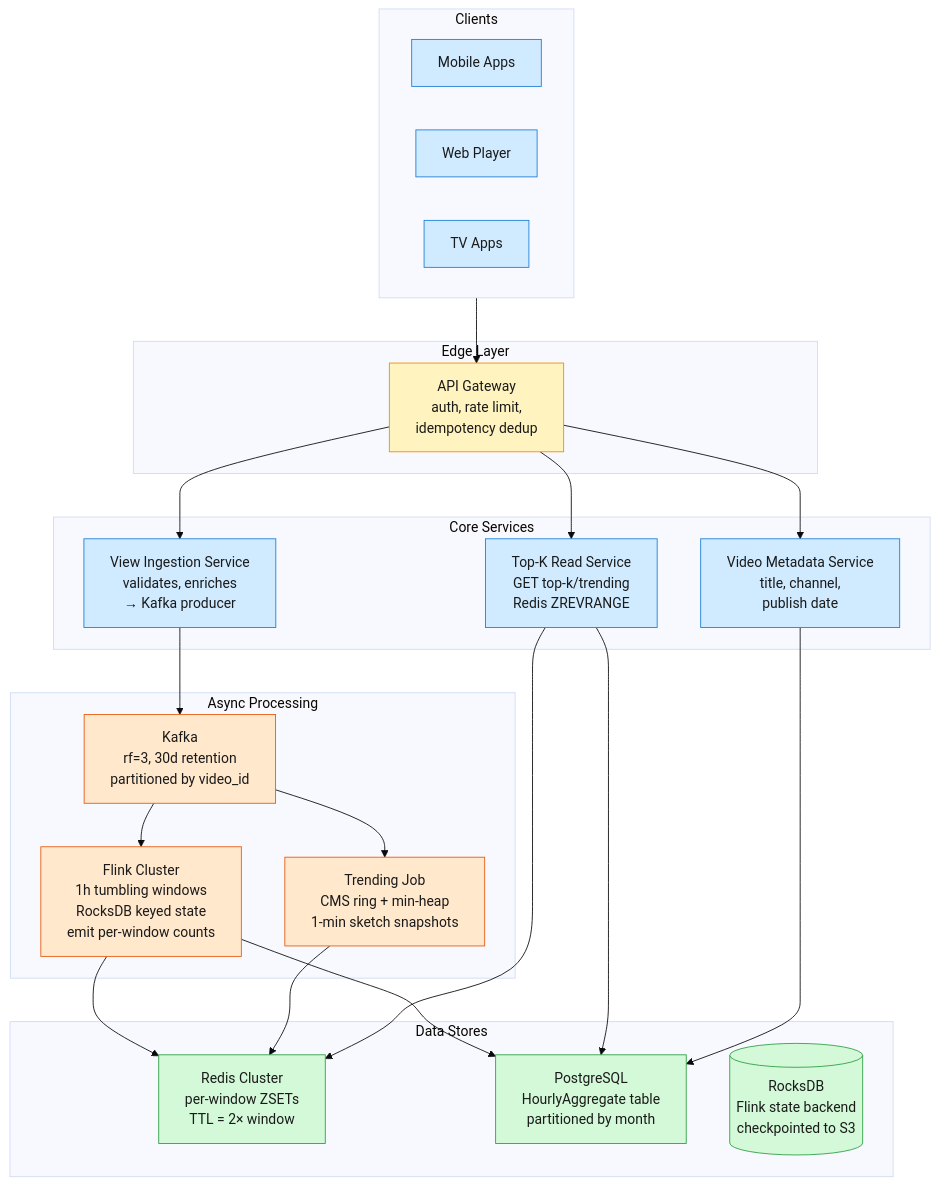
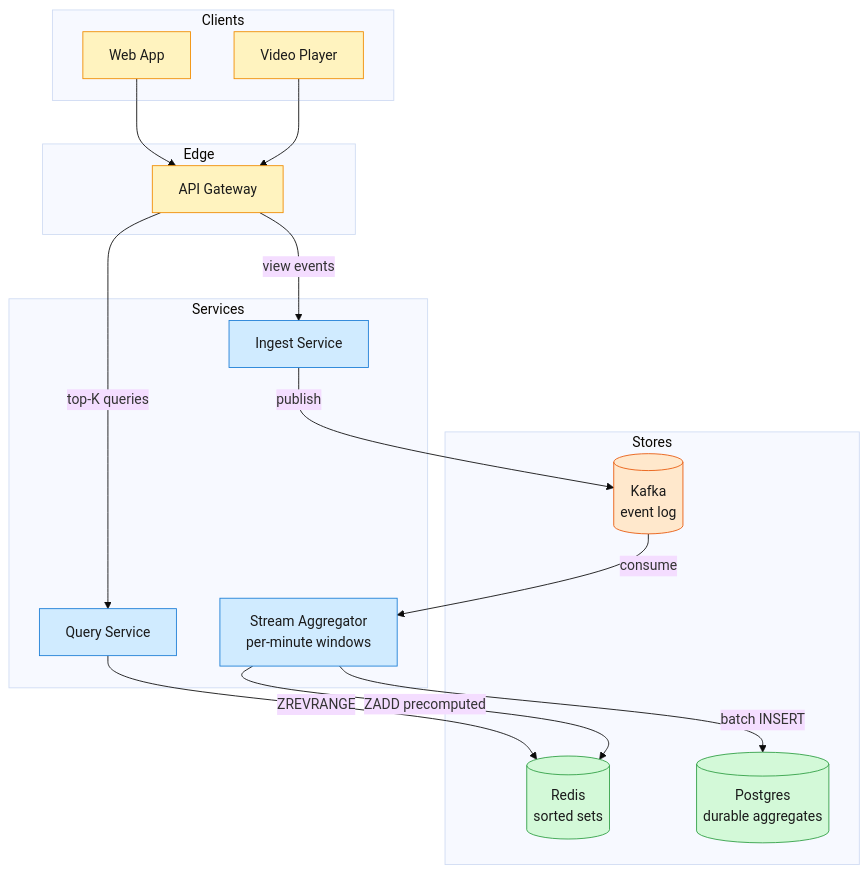
One commit to iliazlobin/iliazlobin.github.io changed the second of 2 diagrams in _posts/2026-06-30-system-design-top-k.md. Above: the diagram before and after it, drawn with Mermaid (base theme). The commit also changed other lines of this file and 45 other files, not shown here.

First line of the commit message:
Republish all posts from Notion: fix mermaid errors, drop §7 Trade-offs (#88)

````diff
--- a/_posts/2026-06-30-system-design-top-k.md
+++ b/_posts/2026-06-30-system-design-top-k.md
@@ -103,54 +93,38 @@
 ```mermaid
-flowchart TB
-    subgraph Clients["Clients"]
-        Mobile["Mobile Apps"]
-        Web["Web Player"]
-        TV["TV Apps"]
+graph TB
+    classDef edge fill:#fff3bf,stroke:#f08c00,color:#1a1a1a;
+    classDef svc fill:#d0ebff,stroke:#1c7ed6,color:#1a1a1a;
+    classDef store fill:#d3f9d8,stroke:#2f9e44,color:#1a1a1a;
+    classDef async fill:#ffe8cc,stroke:#e8590c,color:#1a1a1a;
+
+    subgraph Clients
+        Player[Video Player]:::edge
+        Browser[Web App]:::edge
     end
 
-    subgraph Edge["Edge Layer"]
-        GW["API Gateway<br/>auth, rate limit,<br/>idempotency dedup"]
+    subgraph Edge
+        GW[API Gateway]:::edge
     end
 
-    subgraph Services["Core Services"]
-        Ingestion["View Ingestion Service<br/>validates, enriches<br/>→ Kafka producer"]
-        TopKReader["Top-K Read Service<br/>GET top-k/trending<br/>Redis ZREVRANGE"]
-        Metadata["Video Metadata Service<br/>title, channel,<br/>publish date"]
+    subgraph Services
+        IS[Ingest Service]:::svc
+        QS[Query Service]:::svc
+        SA[Stream Aggregator<br/>per-minute windows]:::svc
     end
 
-    subgraph Stream["Async Processing"]
-        Kafka["Kafka<br/>rf=3, 30d retention<br/>partitioned by video_id"]
-        Flink["Flink Cluster<br/>1h tumbling windows<br/>RocksDB keyed state<br/>emit per-window counts"]
-        CMSJob["Trending Job<br/>CMS ring + min-heap<br/>1-min sketch snapshots"]
+    subgraph Stores
+        Kafka[(Kafka<br/>event log)]:::async
+        Redis[(Redis<br/>sorted sets)]:::store
+        PG[(Postgres<br/>durable aggregates)]:::store
     end
 
-    subgraph Stores["Data Stores"]
-        Redis["Redis Cluster<br/>per-window ZSETs<br/>TTL = 2× window"]
-        Postgres["PostgreSQL<br/>HourlyAggregate table<br/>partitioned by month"]
-        RocksDB[("RocksDB<br/>Flink state backend<br/>checkpointed to S3")]
-    end
-
-    Clients --> GW
-    GW --> Ingestion
-    GW --> TopKReader
-    GW --> Metadata
-    Ingestion --> Kafka
-    Kafka --> Flink
-    Kafka --> CMSJob
-    Flink --> Redis
-    Flink --> Postgres
-    CMSJob --> Redis
-    TopKReader --> Redis
-    TopKReader --> Postgres
-    Metadata --> Postgres
-
-    classDef edge fill:#fff3bf,stroke:#f08c00,color:#1a1a1a
-    classDef svc fill:#d0ebff,stroke:#1c7ed6,color:#1a1a1a
-    classDef store fill:#d3f9d8,stroke:#2f9e44,color:#1a1a1a
-    classDef async fill:#ffe8cc,stroke:#e8590c,color:#1a1a1a
-    class Mobile,Web,TV svc
-    class GW edge
-    class Ingestion,TopKReader,Metadata svc
-    class Kafka,Flink,CMSJob async
-    class Redis,Postgres,RocksDB store
+    Player --> GW
+    Browser --> GW
+    GW -->|view events| IS
+    GW -->|top-K queries| QS
+    IS -->|publish| Kafka
+    Kafka -->|consume| SA
+    SA -->|ZADD precomputed| Redis
+    SA -->|batch INSERT| PG
+    QS -->|ZREVRANGE| Redis
 ```
````
